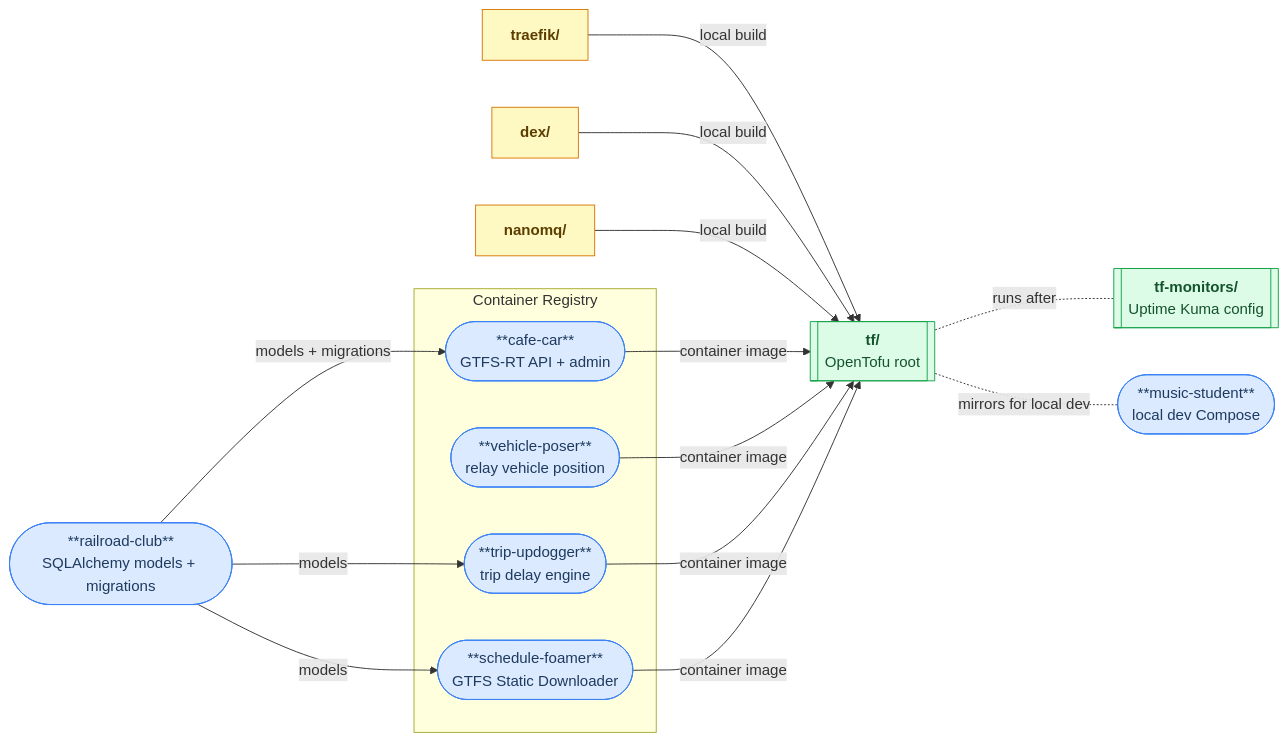
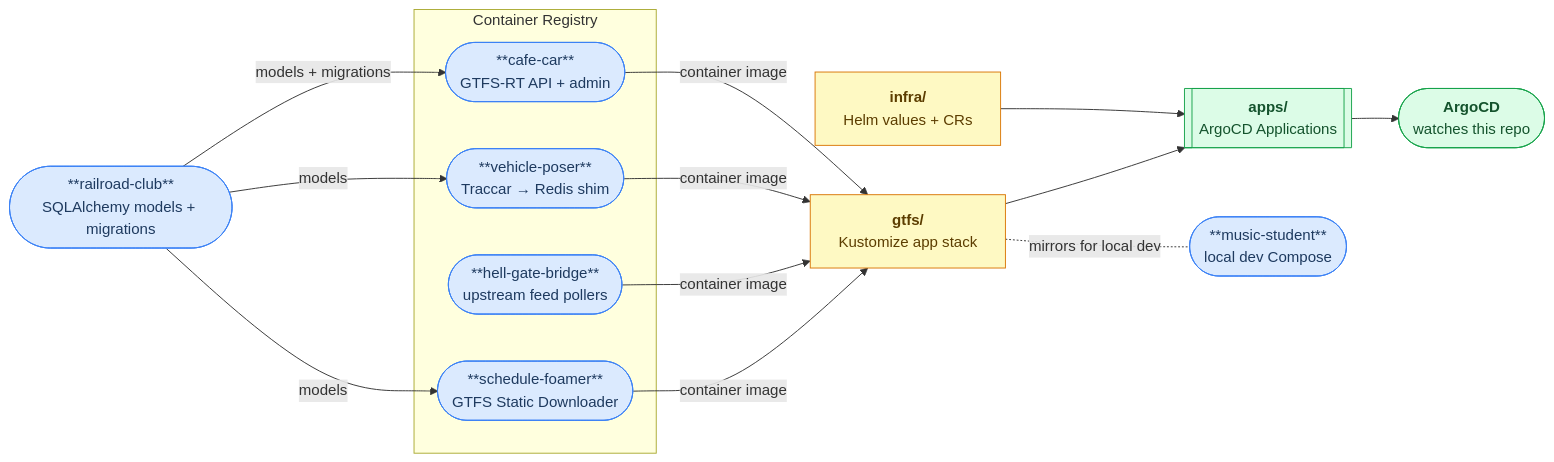
The first of 7 diagrams in README.md (gtfs-zone/deploy-gtfs-rt), drawn with Mermaid before and after one commit. The commit also changed other lines of this file and 39 other files, not shown here.

````diff
--- a/README.md
+++ b/README.md
@@ -27,35 +28,33 @@
 ```mermaid
 flowchart LR
     classDef repo fill:#dbeafe,stroke:#3b82f6,color:#1e3a5f
     classDef dir fill:#fef9c3,stroke:#d97706,color:#5c3d00
-    classDef tf fill:#dcfce7,stroke:#16a34a,color:#14532d
+    classDef gitops fill:#dcfce7,stroke:#16a34a,color:#14532d
 
-    traefik_dir["`**traefik/**`"]:::dir
-    dex_dir["`**dex/**`"]:::dir
-    nanomq_dir["`**nanomq/**`"]:::dir
-    tf[["`**tf/**<br>OpenTofu root`"]]:::tf
-    tfm[["`**tf-monitors/**<br>Uptime Kuma config`"]]:::tf
-    traefik_dir & dex_dir & nanomq_dir -->|"local build"| tf
-    tf -.-|"runs after"| tfm
+    apps[["`**apps/**<br>ArgoCD Applications`"]]:::gitops
+    infra["`**infra/**<br>Helm values + CRs`"]:::dir
+    gtfsd["`**gtfs/**<br>Kustomize app stack`"]:::dir
+    argo(["`**ArgoCD**<br>watches this repo`"]):::gitops
+
+    apps --> argo
+    infra --> apps
+    gtfsd --> apps
 
     subgraph registry["Container Registry"]
         cc(["**cafe-car**<br>GTFS-RT API + admin"]):::repo
-        vp(["**vehicle-poser**<br>relay vehicle position"]):::repo
-        tu(["**trip-updogger**<br>trip delay engine"]):::repo
+        vp(["**vehicle-poser**<br>Traccar → Redis shim"]):::repo
+        hgb(["**hell-gate-bridge**<br>upstream feed pollers"]):::repo
         sf(["**schedule-foamer**<br>GTFS Static Downloader"]):::repo
     end
 
     rc(["**railroad-club**<br>SQLAlchemy models + migrations"]):::repo
     ms(["**music-student**<br>local dev Compose"]):::repo
 
     rc -->|"models + migrations"| cc
-    rc -->|"models"| tu
+    rc -->|"models"| vp
     rc -->|"models"| sf
 
-    cc -->|"container image"| tf
-    vp -->|"container image"| tf
-    tu -->|"container image"| tf
-    sf -->|"container image"| tf
+    cc & vp & hgb & sf -->|"container image"| gtfsd
 
-    tf -.-|"mirrors for local dev"| ms
+    gtfsd -.-|"mirrors for local dev"| ms
 ```
````
